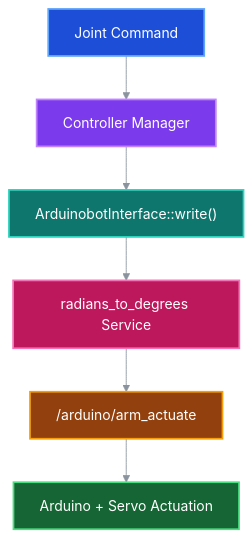
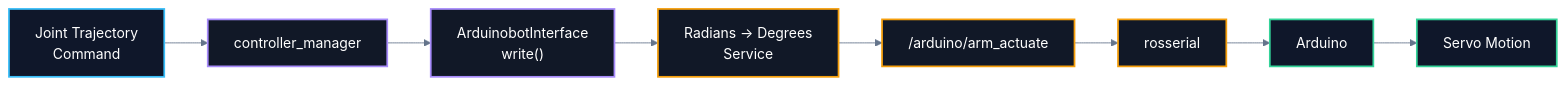
The fourth of 4 diagrams in README.md (bk201-dev/frame2motion), drawn with Mermaid before and after one commit. The commit also changed other lines of this file, not shown here.

````diff
--- a/README.md
+++ b/README.md
@@ -602,30 +312,15 @@
 ```mermaid
-%%{init: {'theme':'base', 'themeVariables': {
-  'background':'#0d1117',
-  'primaryTextColor':'#ffffff',
-  'lineColor':'#8b949e'
-}}}%%
-flowchart TD
-    A[" Joint Command"]
-    B[" Controller Manager"]
-    C[" ArduinobotInterface::write()"]
-    D[" radians_to_degrees Service"]
-    E[" /arduino/arm_actuate"]
-    F[" Arduino + Servo Actuation"]
+%%{init: {"theme":"base","themeVariables":{"background":"#0d1117","primaryTextColor":"#ffffff","lineColor":"#64748b"}}}%%
+flowchart LR
+    CMD["Joint Trajectory<br/>Command"] --> MAN["controller_manager"] --> HW["ArduinobotInterface<br/>write()"] --> CONV["Radians → Degrees<br/>Service"] --> TOPIC["/arduino/arm_actuate"] --> SERIAL["rosserial"] --> MCU["Arduino"] --> SERVO["Servo Motion"]
 
-    A --> B --> C --> D --> E --> F
+    classDef input fill:#0f172a,stroke:#38bdf8,color:#fff,stroke-width:2px;
+    classDef ros fill:#111827,stroke:#a78bfa,color:#fff,stroke-width:2px;
+    classDef bridge fill:#111827,stroke:#f59e0b,color:#fff,stroke-width:2px;
+    classDef hw fill:#0f172a,stroke:#34d399,color:#fff,stroke-width:2px;
 
-    classDef cmd fill:#1d4ed8,stroke:#60a5fa,color:#fff,stroke-width:2px;
-    classDef mgr fill:#7c3aed,stroke:#c084fc,color:#fff,stroke-width:2px;
-    classDef iface fill:#0f766e,stroke:#2dd4bf,color:#fff,stroke-width:2px;
-    classDef srv fill:#be185d,stroke:#f472b6,color:#fff,stroke-width:2px;
-    classDef topic fill:#92400e,stroke:#f59e0b,color:#fff,stroke-width:2px;
-    classDef hw fill:#166534,stroke:#4ade80,color:#fff,stroke-width:2px;
-
-    class A cmd;
-    class B mgr;
-    class C iface;
-    class D srv;
-    class E topic;
-    class F hw;
+    class CMD input;
+    class MAN,HW ros;
+    class CONV,TOPIC,SERIAL bridge;
+    class MCU,SERVO hw;
 ```
````
